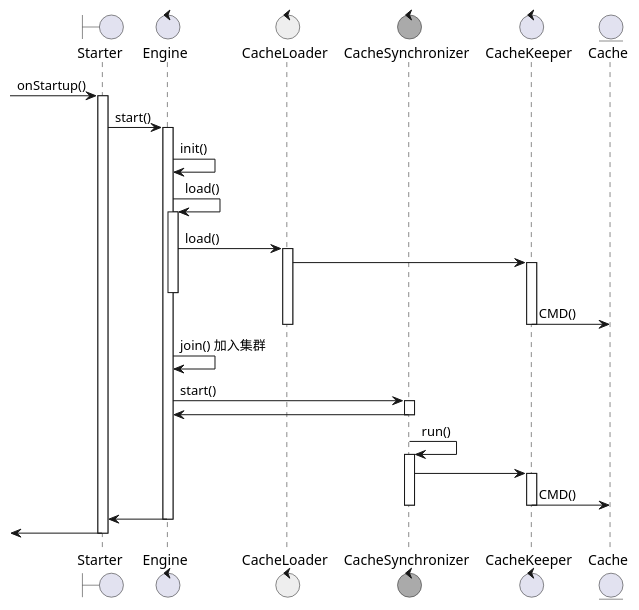
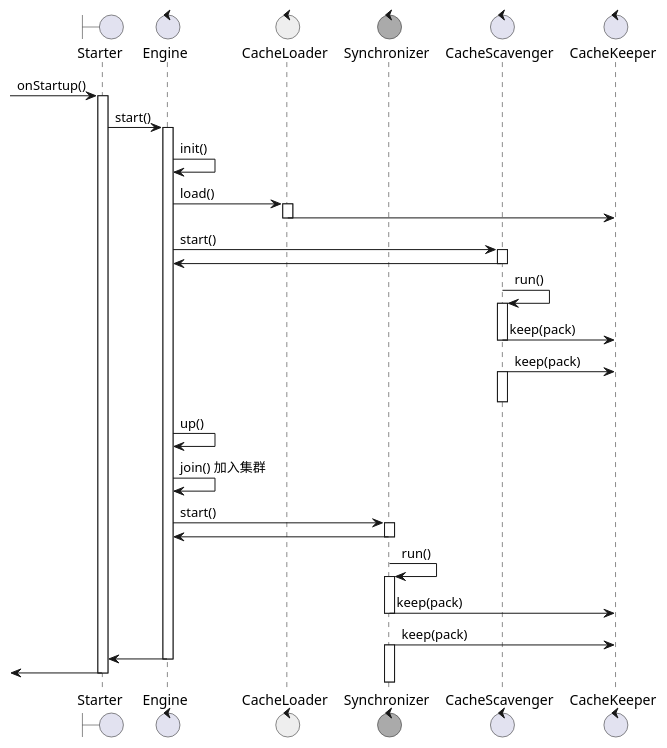
Before and after one commit to fdlong/fly: the diagram in seq-engine.puml, drawn with PlantUML.

```diff
--- a/seq-engine.puml
+++ b/seq-engine.puml
@@ -1,59 +1,58 @@
 @startuml
 
 boundary Starter
 control Engine
 control CacheLoader #EEE
-control CacheSynchronizer #AAA
+control Synchronizer #AAA
+control CacheScavenger
 control CacheKeeper
-entity Cache
 
 [-> Starter : onStartup()
 activate Starter
 
 Starter -> Engine : start()
 activate Engine
-
 Engine -> Engine : init()
-
-Engine -> Engine : load()
-activate Engine
-
 Engine -> CacheLoader : load()
 activate CacheLoader
 
-CacheLoader -> CacheKeeper :
-activate CacheKeeper
-
-deactivate Engine
-
-
-CacheKeeper -> Cache : CMD()
-deactivate CacheKeeper
-
-deactivate CacheSynchronizer
+CacheLoader -> CacheKeeper
 
 deactivate CacheLoader
 
+Engine -> CacheScavenger : start()
+activate CacheScavenger
+CacheScavenger -> Engine
+deactivate CacheScavenger
+
+CacheScavenger -> CacheScavenger : run()
+activate CacheScavenger
+CacheScavenger -> CacheKeeper : keep(pack)
+deactivate CacheScavenger
+CacheScavenger -> CacheKeeper : keep(pack)
+activate CacheScavenger
+deactivate CacheScavenger
+
+Engine -> Engine : up()
+
 Engine -> Engine : join() 加入集群
 
-Engine -> CacheSynchronizer : start()
-activate CacheSynchronizer
-CacheSynchronizer -> Engine
-deactivate CacheSynchronizer
+Engine -> Synchronizer : start()
+activate Synchronizer
+Synchronizer -> Engine
+deactivate Synchronizer
 
-CacheSynchronizer -> CacheSynchronizer : run()
-activate CacheSynchronizer
-CacheSynchronizer -> CacheKeeper :
-activate CacheKeeper
-CacheKeeper -> Cache : CMD()
-deactivate CacheKeeper
-
-deactivate CacheSynchronizer
+Synchronizer -> Synchronizer : run()
+activate Synchronizer
+Synchronizer -> CacheKeeper : keep(pack)
+deactivate Synchronizer
+Synchronizer -> CacheKeeper : keep(pack)
+activate Synchronizer
 
 Engine -> Starter
 deactivate Engine
 
 [<- Starter
 deactivate Starter
 
 @enduml
```
